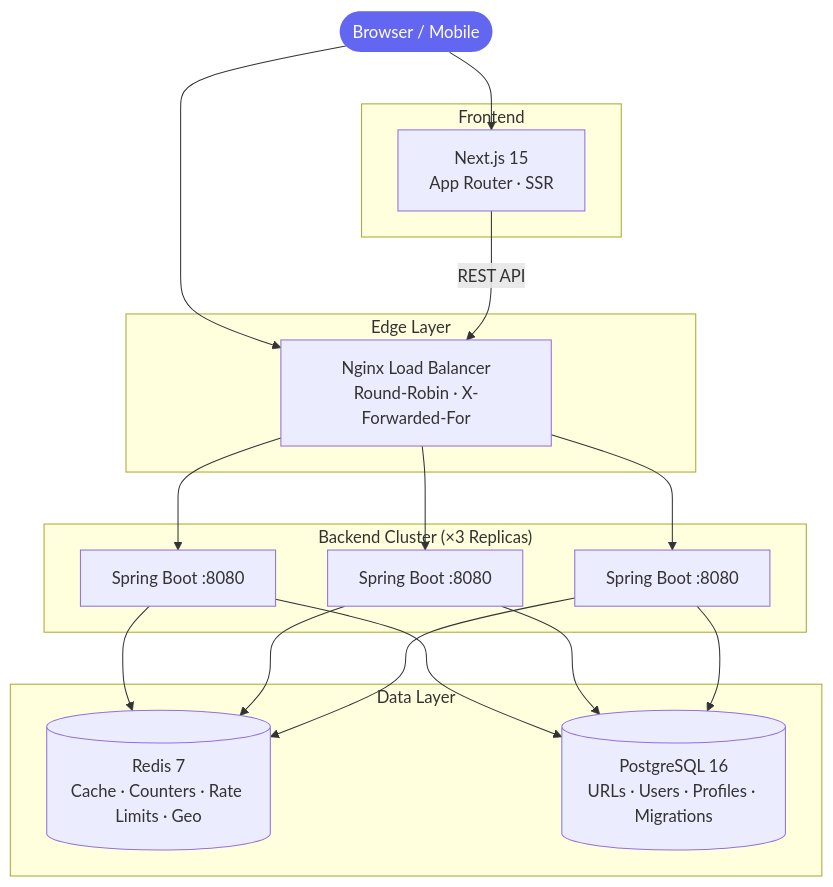
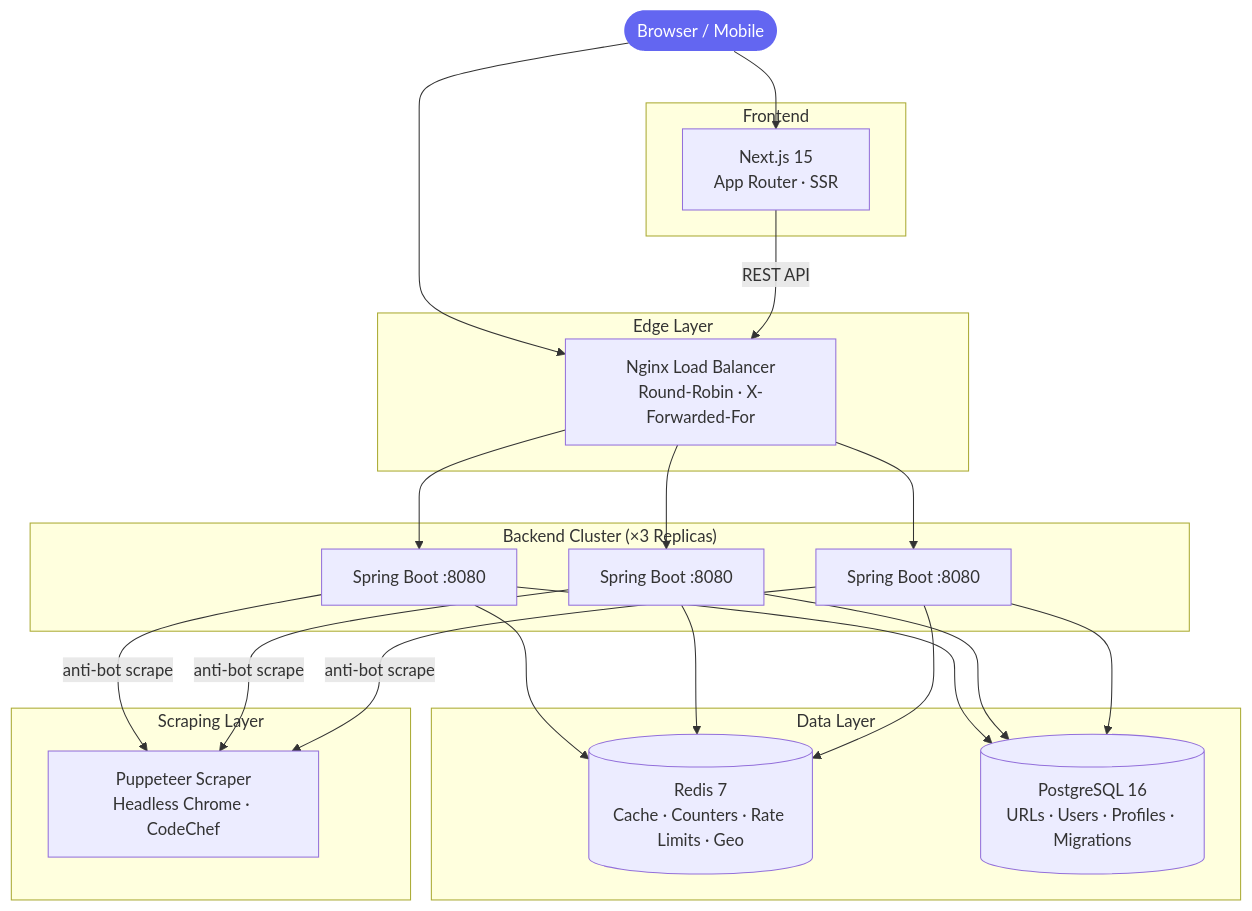
The first of 2 diagrams in README.md (madhavthesiya/shunyalink), drawn with Mermaid before and after one commit. The commit also changed other lines of this file and 8 other files, not shown here.

First line of the commit message:
feat: add Puppeteer headless Chrome microservice for CodeChef scraping

````diff
--- a/README.md
+++ b/README.md
@@ -14,32 +14,37 @@
 ```mermaid
 graph TB
     Client([Browser / Mobile]):::client
 
     subgraph Edge["Edge Layer"]
         Nginx["Nginx Load Balancer<br/>Round-Robin · X-Forwarded-For"]
     end
 
     subgraph Cluster["Backend Cluster (×3 Replicas)"]
         SB1["Spring Boot :8080"]
         SB2["Spring Boot :8080"]
         SB3["Spring Boot :8080"]
     end
 
     subgraph Data["Data Layer"]
         Redis[("Redis 7<br/>Cache · Counters · Rate Limits · Geo")]
         PG[("PostgreSQL 16<br/>URLs · Users · Profiles · Migrations")]
     end
 
+    subgraph Scraping["Scraping Layer"]
+        Scraper["Puppeteer Scraper<br/>Headless Chrome · CodeChef"]
+    end
+
     subgraph Frontend["Frontend"]
         Next["Next.js 15<br/>App Router · SSR"]
     end
 
     Client --> Nginx
     Client --> Next
     Nginx --> SB1 & SB2 & SB3
     SB1 & SB2 & SB3 --> Redis
     SB1 & SB2 & SB3 --> PG
+    SB1 & SB2 & SB3 -->|"anti-bot scrape"| Scraper
     Next -->|REST API| Nginx
 
     classDef client fill:#6366f1,color:#fff,stroke:none
 ```
````
